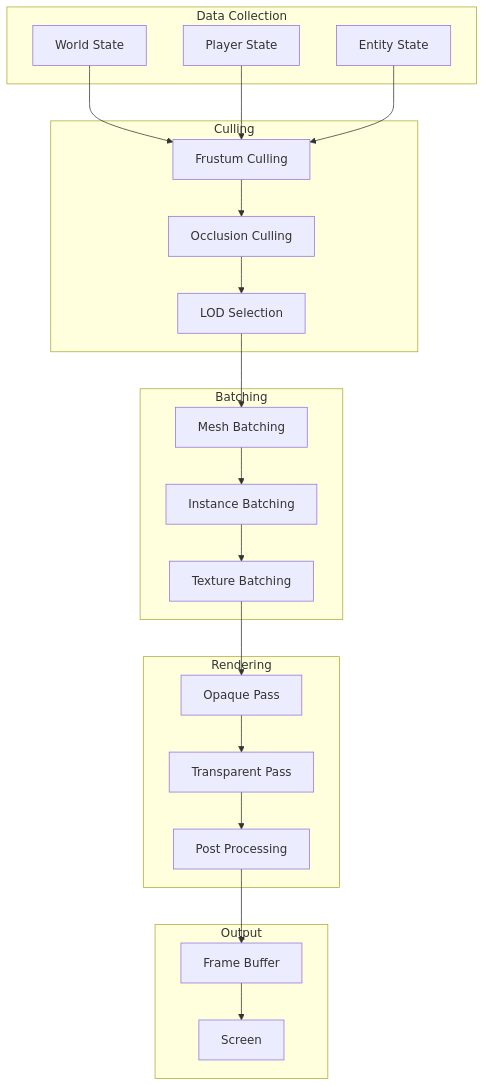
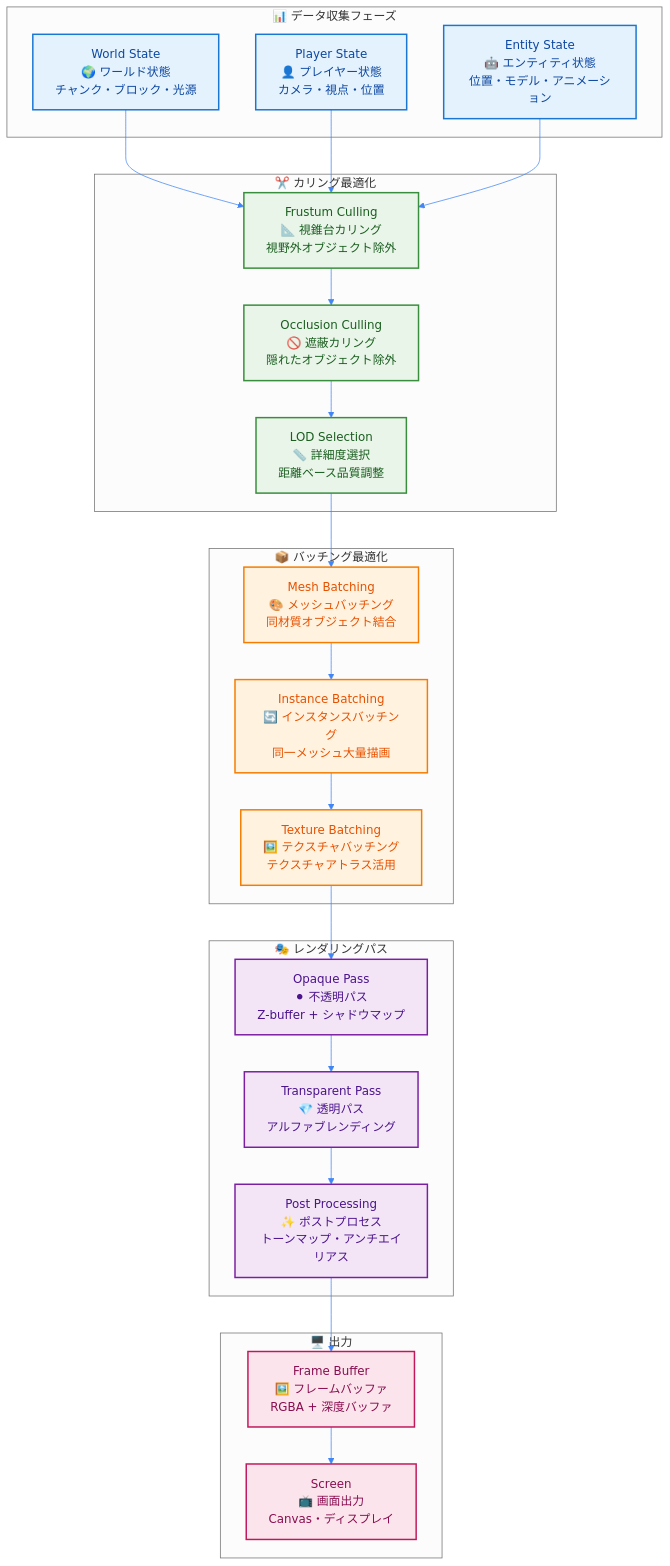
Before and after one commit to takeokunn/ts-minecraft: the fourth of 4 diagrams in docs/02-specifications/02-api-design/03-data-flow-diagram.md, drawn with Mermaid. The commit also changed other lines of this file and 124 other files, not shown here.

````diff
--- a/docs/02-specifications/02-api-design/03-data-flow-diagram.md
+++ b/docs/02-specifications/02-api-design/03-data-flow-diagram.md
@@ -392,45 +469,58 @@
 ```mermaid
+%%{init: {"theme": "neutral", "themeVariables": {"primaryColor": "#4285f4", "primaryTextColor": "#ffffff", "primaryBorderColor": "#ffffff", "lineColor": "#4285f4", "sectionBkgColor": "#f5f7fa", "tertiaryColor": "#f5f7fa"}}}%%
 graph TD
-    subgraph "Data Collection"
-        WS[World State]
-        PS[Player State]
-        ES[Entity State]
+    subgraph DataCollection ["📊 データ収集フェーズ"]
+        WS["World State<br/>🌍 ワールド状態<br/>チャンク・ブロック・光源"]
+        PS["Player State<br/>👤 プレイヤー状態<br/>カメラ・視点・位置"]
+        ES["Entity State<br/>🤖 エンティティ状態<br/>位置・モデル・アニメーション"]
     end
 
-    subgraph "Culling"
-        FC[Frustum Culling]
-        OC[Occlusion Culling]
-        LOD[LOD Selection]
+    subgraph Culling ["✂️ カリング最適化"]
+        FC["Frustum Culling<br/>📐 視錐台カリング<br/>視野外オブジェクト除外"]
+        OC["Occlusion Culling<br/>🚫 遮蔽カリング<br/>隠れたオブジェクト除外"]
+        LOD["LOD Selection<br/>📏 詳細度選択<br/>距離ベース品質調整"]
     end
 
-    subgraph "Batching"
-        MB[Mesh Batching]
-        IB[Instance Batching]
-        TB[Texture Batching]
+    subgraph Batching ["📦 バッチング最適化"]
+        MB["Mesh Batching<br/>🎨 メッシュバッチング<br/>同材質オブジェクト結合"]
+        IB["Instance Batching<br/>🔄 インスタンスバッチング<br/>同一メッシュ大量描画"]
+        TB["Texture Batching<br/>🖼️ テクスチャバッチング<br/>テクスチャアトラス活用"]
     end
 
-    subgraph "Rendering"
-        OP[Opaque Pass]
-        TP[Transparent Pass]
-        PP[Post Processing]
+    subgraph Rendering ["🎭 レンダリングパス"]
+        OP["Opaque Pass<br/>⚫ 不透明パス<br/>Z-buffer + シャドウマップ"]
+        TP["Transparent Pass<br/>💎 透明パス<br/>アルファブレンディング"]
+        PP["Post Processing<br/>✨ ポストプロセス<br/>トーンマップ・アンチエイリアス"]
     end
 
-    subgraph "Output"
-        FB[Frame Buffer]
-        SC[Screen]
+    subgraph Output ["🖥️ 出力"]
+        FB["Frame Buffer<br/>🖼️ フレームバッファ<br/>RGBA + 深度バッファ"]
+        SC["Screen<br/>📺 画面出力<br/>Canvas・ディスプレイ"]
     end
 
     WS --> FC
     PS --> FC
     ES --> FC
     FC --> OC
     OC --> LOD
     LOD --> MB
     MB --> IB
     IB --> TB
     TB --> OP
     OP --> TP
     TP --> PP
     PP --> FB
     FB --> SC
+
+    classDef dataStyle fill:#e3f2fd,stroke:#1976d2,stroke-width:2px,color:#0d47a1
+    classDef cullingStyle fill:#e8f5e8,stroke:#388e3c,stroke-width:2px,color:#1b5e20
+    classDef batchingStyle fill:#fff3e0,stroke:#f57c00,stroke-width:2px,color:#e65100
+    classDef renderingStyle fill:#f3e5f5,stroke:#7b1fa2,stroke-width:2px,color:#4a148c
+    classDef outputStyle fill:#fce4ec,stroke:#c2185b,stroke-width:2px,color:#880e4f
+
+    class WS,PS,ES dataStyle
+    class FC,OC,LOD cullingStyle
+    class MB,IB,TB batchingStyle
+    class OP,TP,PP renderingStyle
+    class FB,SC outputStyle
 ```
````
